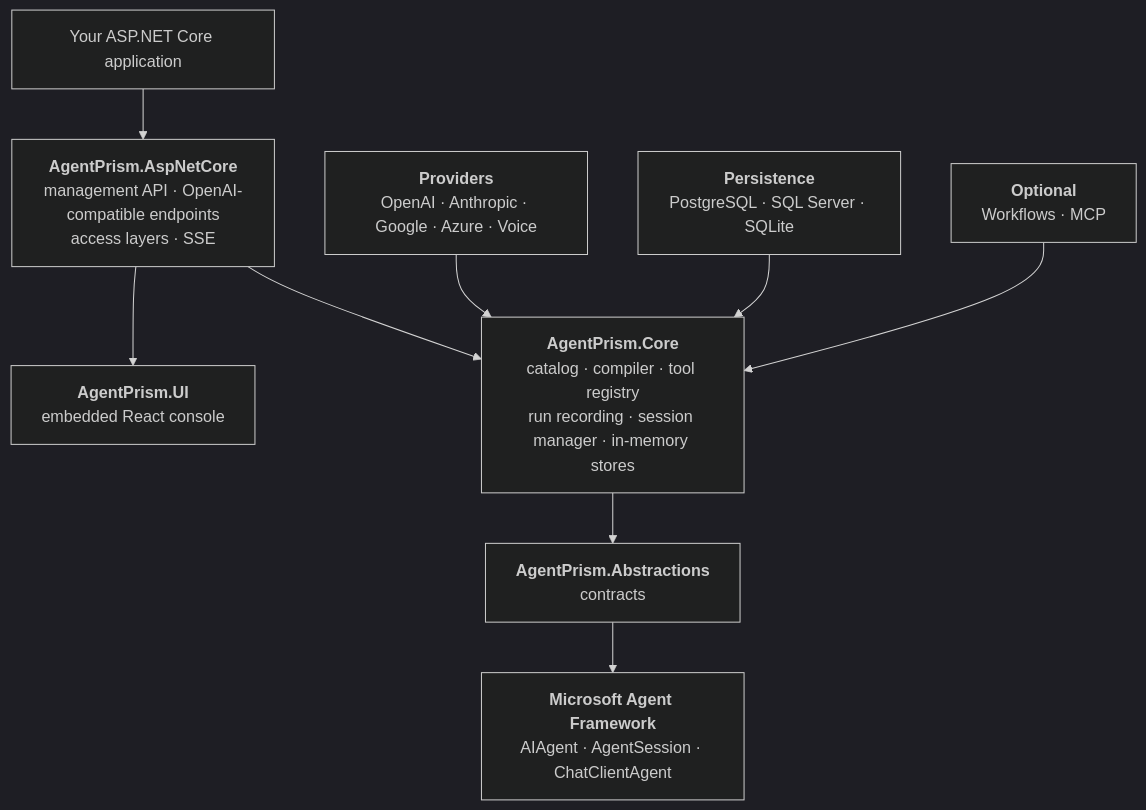
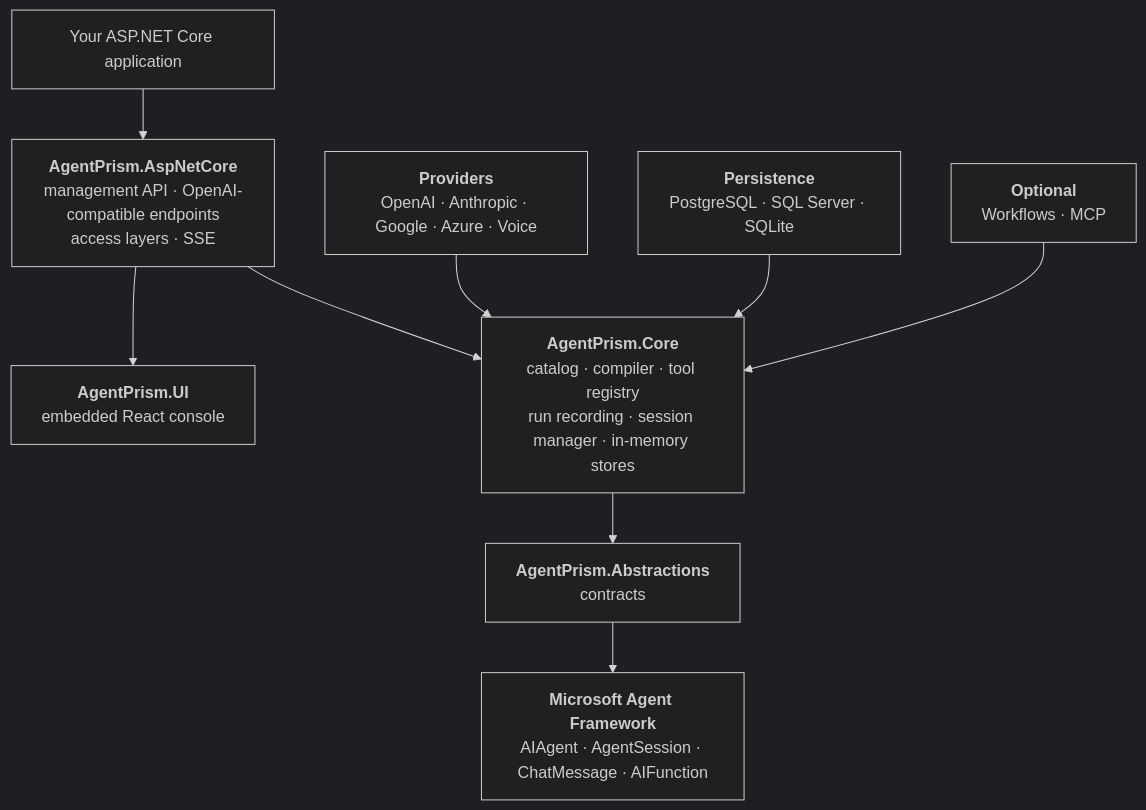
Before and after one commit to farukatasoy/Tracon: the diagram in docs-site/src/content/docs/concepts/index.md, drawn with Mermaid (dark theme). The commit also changed 51 other files, not shown here.

````diff
--- a/docs-site/src/content/docs/concepts/index.md
+++ b/docs-site/src/content/docs/concepts/index.md
@@ -15,20 +15,22 @@
 ```mermaid
 flowchart TD
+    accTitle: AgentPrism architecture layers
+    accDescr: The embedded console and HTTP API use the control plane, which coordinates model providers, runtime execution, and replaceable stores.
     APP["Your ASP.NET Core application"]
     UI["<b>AgentPrism.UI</b><br/>embedded React console"]
     HTTP["<b>AgentPrism.AspNetCore</b><br/>management API · OpenAI-compatible endpoints<br/>access layers · SSE"]
     PROV["<b>Providers</b><br/>OpenAI · Anthropic · Google · Azure · Voice"]
     STORE["<b>Persistence</b><br/>PostgreSQL · SQL Server · SQLite"]
     OPT["<b>Optional</b><br/>Workflows · MCP"]
     CORE["<b>AgentPrism.Core</b><br/>catalog · compiler · tool registry<br/>run recording · session manager · in-memory stores"]
     ABS["<b>AgentPrism.Abstractions</b><br/>contracts"]
-    MAF["<b>Microsoft Agent Framework</b><br/>AIAgent · AgentSession · ChatClientAgent"]
+    MAF["<b>Microsoft Agent Framework</b><br/>AIAgent · AgentSession · ChatMessage · AIFunction"]
 
     APP --> HTTP
     HTTP --> UI
     HTTP --> CORE
     PROV --> CORE
     STORE --> CORE
     OPT --> CORE
     CORE --> ABS --> MAF
 ```
````
